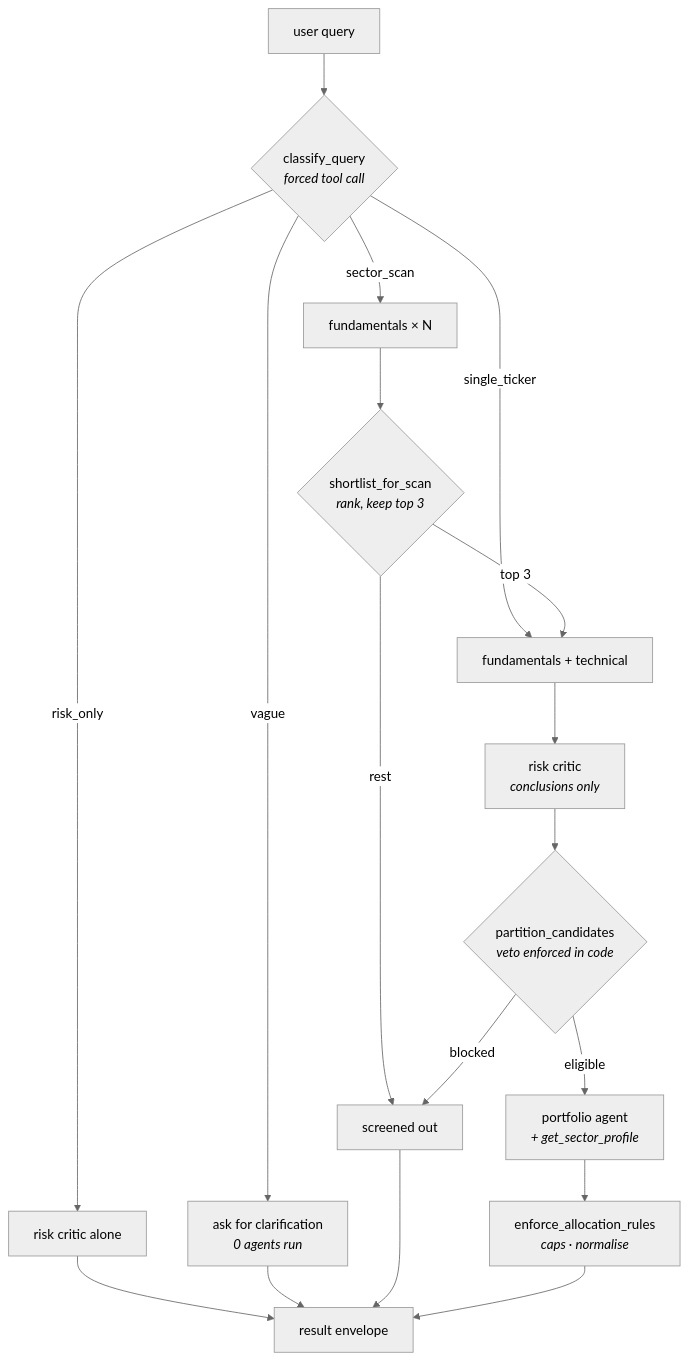
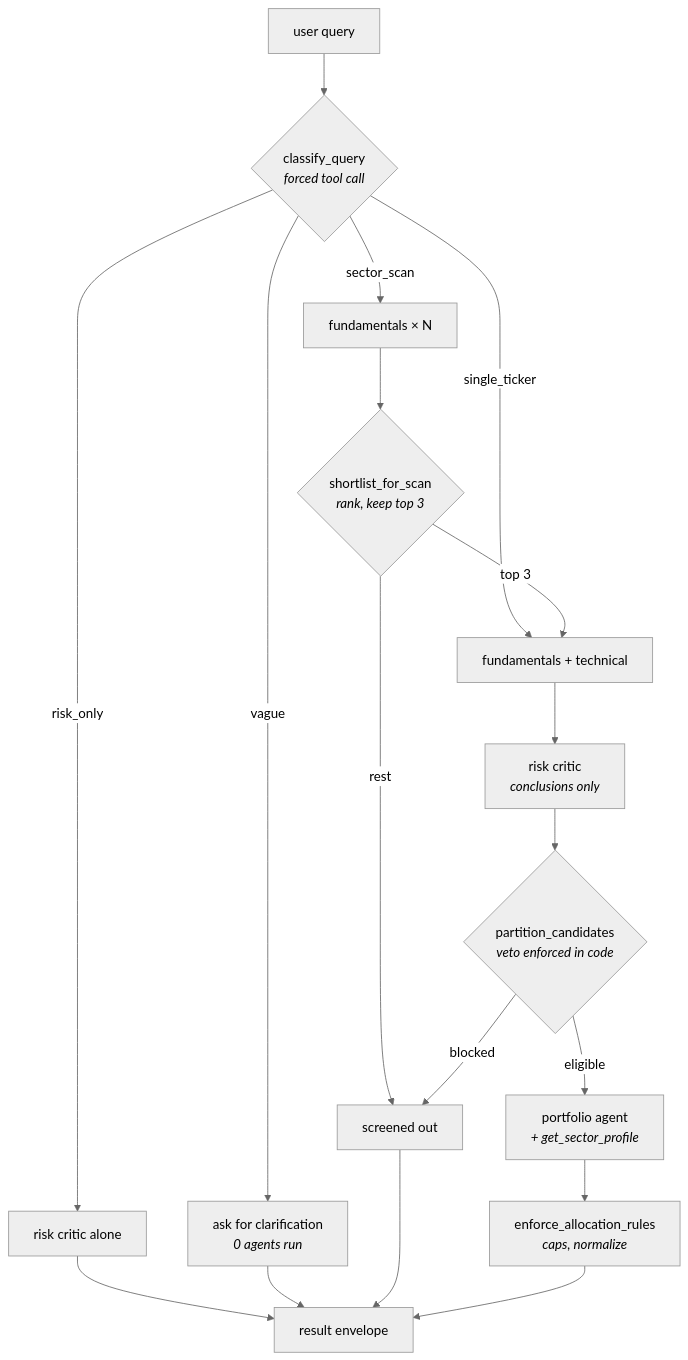
Before and after one commit to yelsakkary1/undervalued-stock-orchestrator: the diagram in README.md, drawn with Mermaid (neutral theme). The commit also changed other lines of this file and 5 other files, not shown here.

````diff
--- a/README.md
+++ b/README.md
@@ -11,25 +13,25 @@
 ```mermaid
 flowchart TB
     Q["user query"] --> CL{"classify_query<br/><i>forced tool call</i>"}
 
     CL -->|vague| ASK["ask for clarification<br/><i>0 agents run</i>"]
     CL -->|risk_only| RO["risk critic alone"]
     CL -->|sector_scan| SCAN["fundamentals × N"]
     CL -->|single_ticker| DIVE
 
     SCAN --> RANK{"shortlist_for_scan<br/><i>rank, keep top 3</i>"}
     RANK -->|top 3| DIVE["fundamentals + technical"]
     RANK -->|rest| DROP["screened out"]
 
     DIVE --> RISK["risk critic<br/><i>conclusions only</i>"]
     RISK --> GATE{"partition_candidates<br/><i>veto enforced in code</i>"}
 
     GATE -->|blocked| DROP
     GATE -->|eligible| PORT["portfolio agent<br/><i>+ get_sector_profile</i>"]
-    PORT --> RULES["enforce_allocation_rules<br/><i>caps · normalise</i>"]
+    PORT --> RULES["enforce_allocation_rules<br/><i>caps, normalize</i>"]
 
     RO --> OUT["result envelope"]
     ASK --> OUT
     DROP --> OUT
     RULES --> OUT
 ```
````
